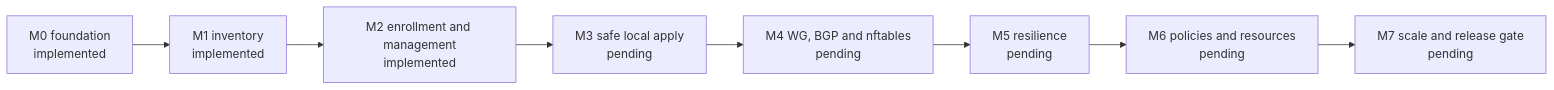
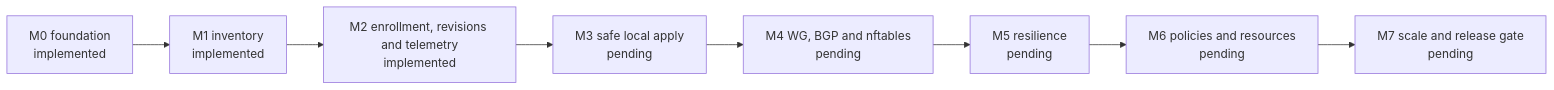
The diagram in docs/STATUS.md (alterbytedev/packetmotion-sdwan), drawn with Mermaid before and after one commit. The commit also changed other lines of this file and 7 other files, not shown here.

````diff
--- a/docs/STATUS.md
+++ b/docs/STATUS.md
@@ -4,10 +4,10 @@
 ```mermaid
 flowchart LR
   M0[M0 foundation<br/>implemented] --> M1[M1 inventory<br/>implemented]
-  M1 --> M2[M2 enrollment and management<br/>implemented]
+  M1 --> M2[M2 enrollment, revisions and telemetry<br/>implemented]
   M2 --> M3[M3 safe local apply<br/>pending]
   M3 --> M4[M4 WG, BGP and nftables<br/>pending]
   M4 --> M5[M5 resilience<br/>pending]
   M5 --> M6[M6 policies and resources<br/>pending]
   M6 --> M7[M7 scale and release gate<br/>pending]
 ```
````
